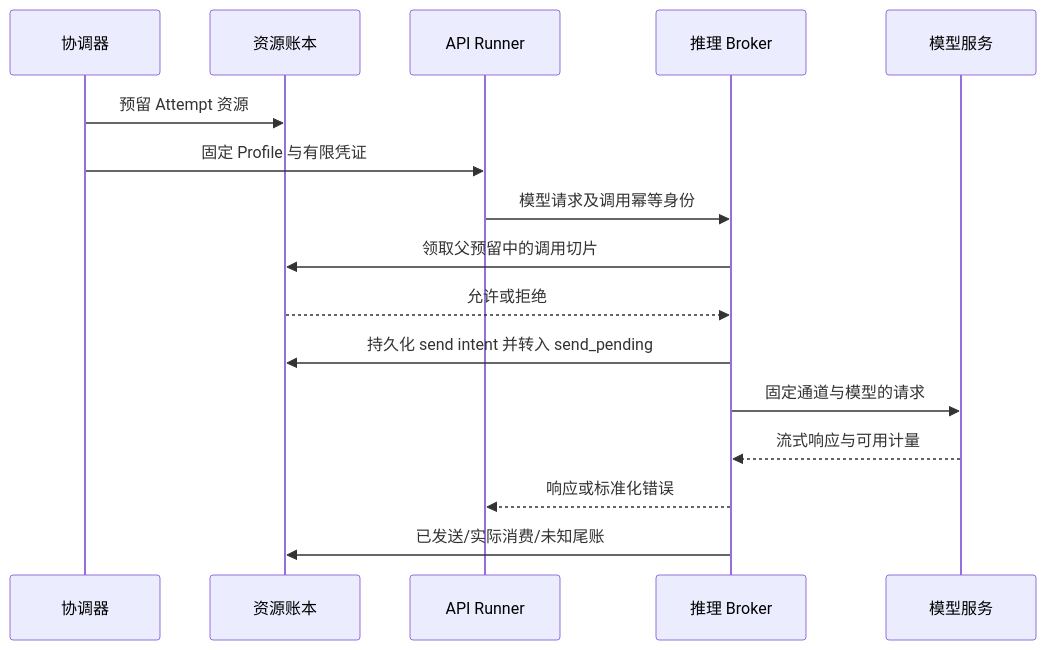
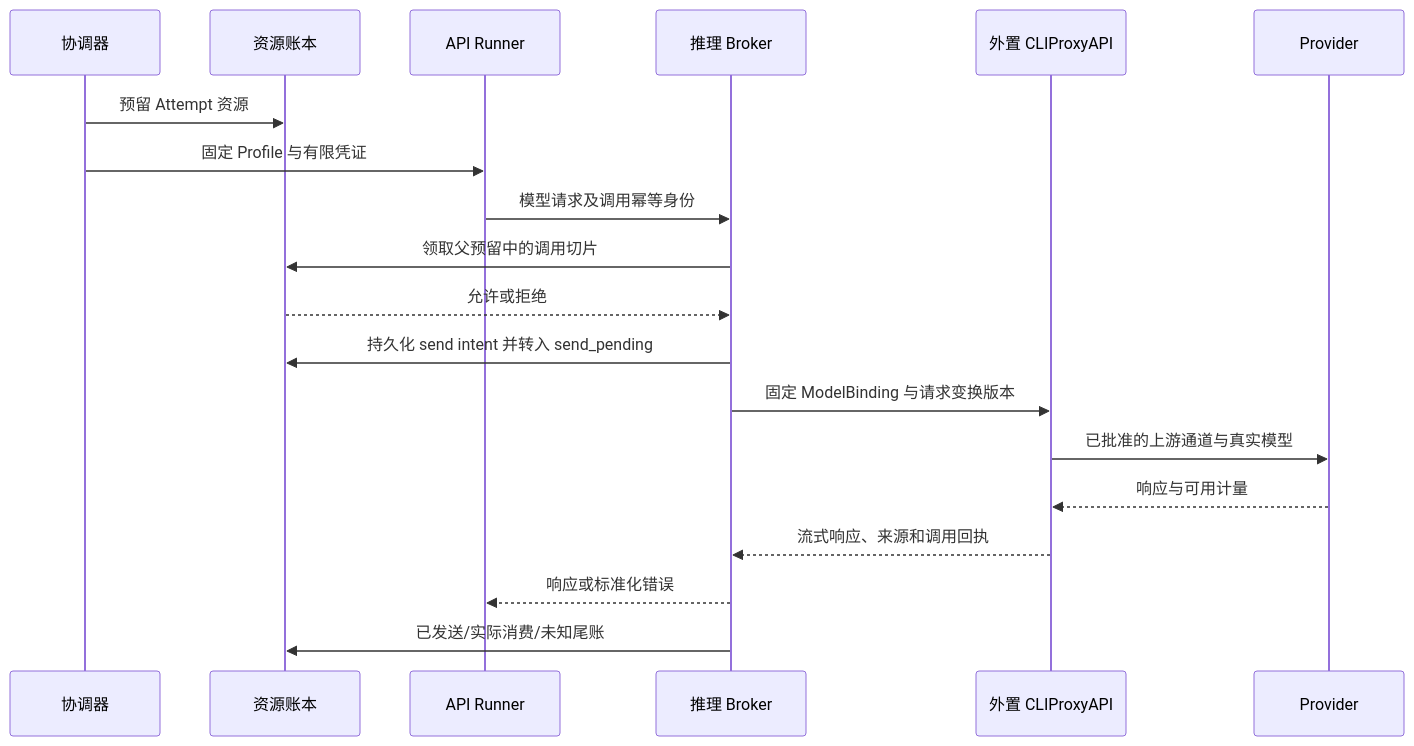
The diagram in docs/architecture/03-execution-and-delivery.md (zhouy1017/Karajan), drawn with Mermaid before and after one commit. The commit also changed other lines of this file and 48 other files, not shown here.

````diff
--- a/docs/architecture/03-execution-and-delivery.md
+++ b/docs/architecture/03-execution-and-delivery.md
@@ -39,18 +41,21 @@
 ```mermaid
 sequenceDiagram
     participant C as 协调器
     participant Q as 资源账本
     participant R as API Runner
     participant B as 推理 Broker
-    participant P as 模型服务
+    participant G as 外置 CLIProxyAPI
+    participant P as Provider
     C->>Q: 预留 Attempt 资源
     C->>R: 固定 Profile 与有限凭证
     R->>B: 模型请求及调用幂等身份
     B->>Q: 领取父预留中的调用切片
     Q-->>B: 允许或拒绝
     B->>Q: 持久化 send intent 并转入 send_pending
-    B->>P: 固定通道与模型的请求
-    P-->>B: 流式响应与可用计量
+    B->>G: 固定 ModelBinding 与请求变换版本
+    G->>P: 已批准的上游通道与真实模型
+    P-->>G: 响应与可用计量
+    G-->>B: 流式响应、来源和调用回执
     B-->>R: 响应或标准化错误
     B->>Q: 已发送/实际消费/未知尾账
 ```
````
